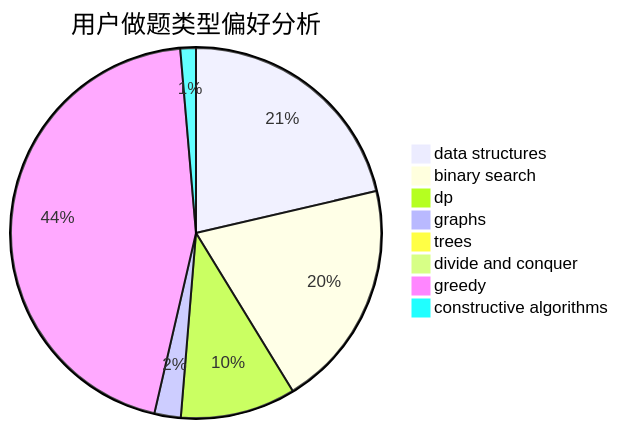
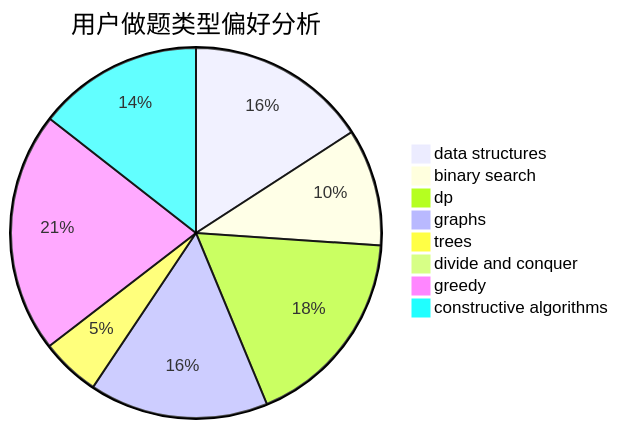
The second of 3 diagrams in docs/user/u1714.md (sherpahu/cfrs.github.io), drawn with Mermaid before and after one commit. The commit also changed other lines of this file and 2770 other files, not shown here.

````diff
--- a/docs/user/u1714.md
+++ b/docs/user/u1714.md
@@ -23,11 +23,11 @@
 ```mermaid
 pie title 用户做题类型偏好分析
-    "data structures" :  204
-    "binary search" :  190
-    "dp" :  96
-    "graphs" :  22
-    "trees" :  7
-    "divide and conquer" :  6
-    "greedy" :  430
-    "constructive algorithms" :  13
+    "data structures" :  147
+    "binary search" :  95
+    "dp" :  164
+    "graphs" :  145
+    "trees" :  48
+    "divide and conquer" :  0
+    "greedy" :  195
+    "constructive algorithms" :  134
 ```
````
